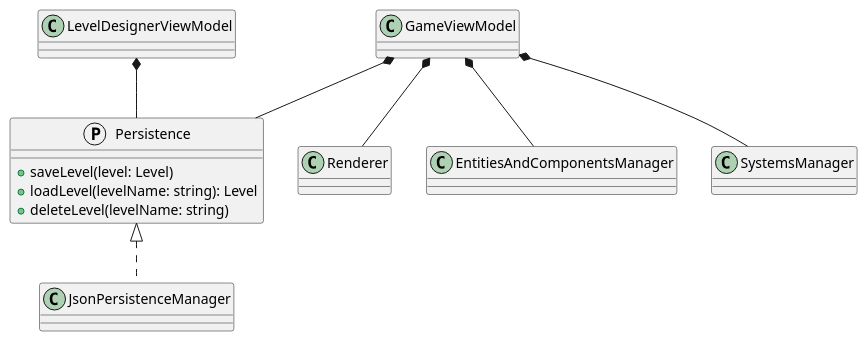
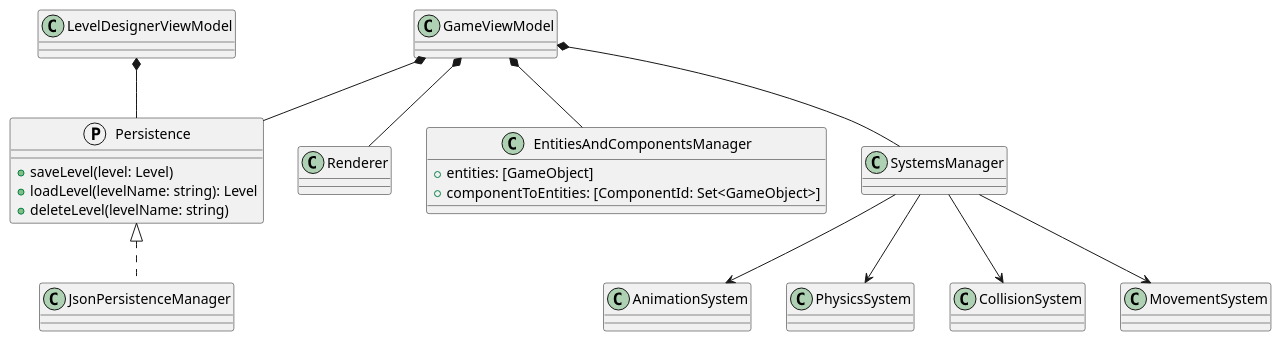
The diagram in plantuml/high-level.puml (JCSnap/cs3217-sample-architecture), drawn with PlantUML before and after one commit. The commit also changed 2 other files, not shown here.

Commit message:
update architecture diagram

```diff
--- a/plantuml/high-level.puml
+++ b/plantuml/high-level.puml
@@ -1,32 +1,50 @@
 @startuml
 class LevelDesignerViewModel {
 }
 
 class GameViewModel {
 }
 
 class Renderer {
 }
 
 protocol Persistence {
     +saveLevel(level: Level)
     +loadLevel(levelName: string): Level
     +deleteLevel(levelName: string)
 }
 
 class JsonPersistenceManager implements Persistence {
 }
 
 class EntitiesAndComponentsManager {
+    +entities: [GameObject]
+    +componentToEntities: [ComponentId: Set<GameObject>]
 }
 
 class SystemsManager {
+}
+
+class AnimationSystem {
+}
+
+class PhysicsSystem {
+}
+
+class CollisionSystem {
+}
+
+class MovementSystem {
 }
 
 LevelDesignerViewModel *-- Persistence
 GameViewModel *-- Persistence
 GameViewModel *-- Renderer
 GameViewModel *-- EntitiesAndComponentsManager
 GameViewModel *-- SystemsManager
+SystemsManager --> AnimationSystem
+SystemsManager --> PhysicsSystem
+SystemsManager --> CollisionSystem
+SystemsManager --> MovementSystem
 
 @enduml
```
